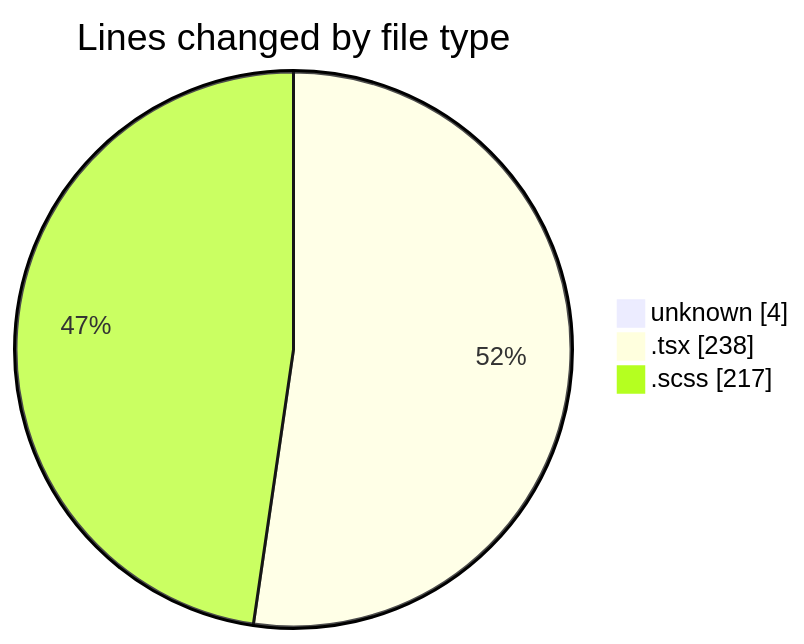
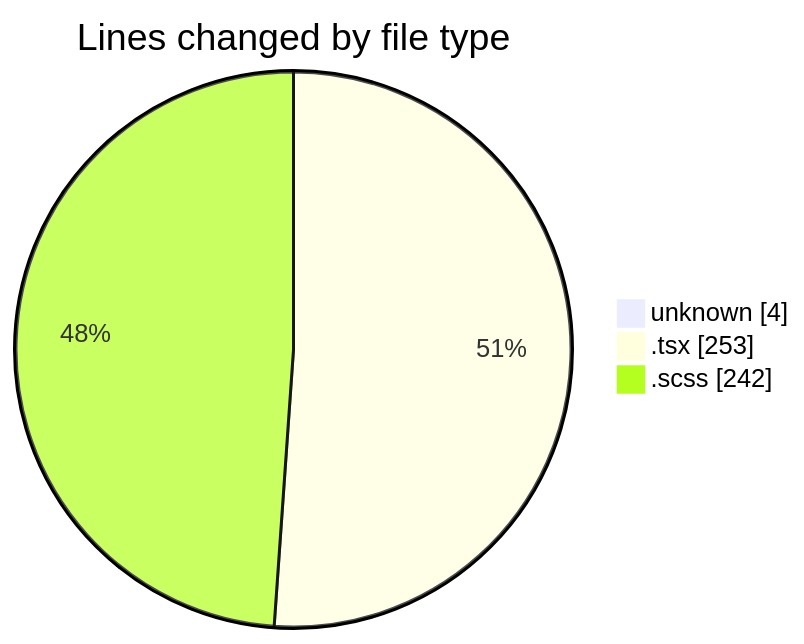
One commit to momahboobian/code-tracking changed the first of 2 diagrams in 2025-02-14/cda/README.md. Above: the diagram before and after it, drawn with Mermaid. The commit also changed other lines of this file and 1 other file, not shown here.

````diff
--- a/2025-02-14/cda/README.md
+++ b/2025-02-14/cda/README.md
@@ -22,7 +22,7 @@
 ```mermaid
 pie showData
 title Lines changed by file type
 "unknown" : 4
-".tsx" : 238
-".scss" : 217
+".tsx" : 253
+".scss" : 242
 ```
````
